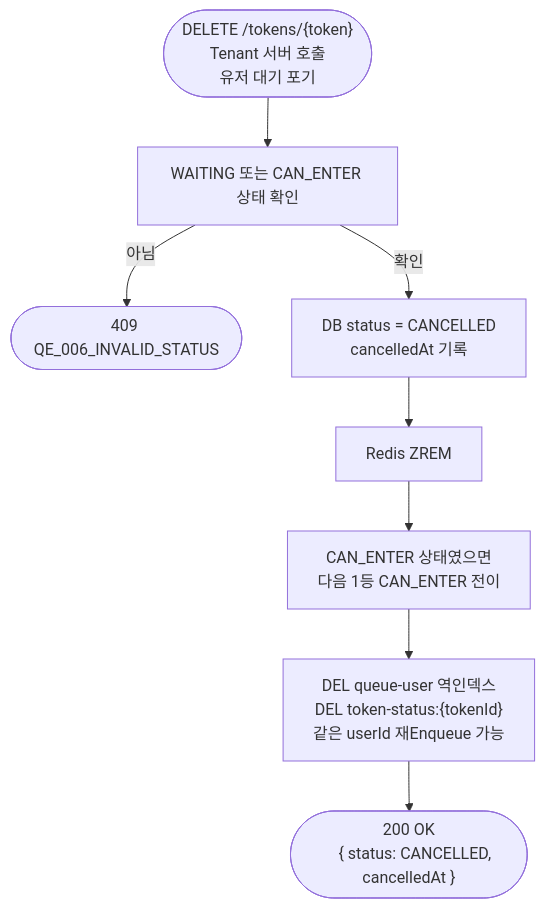
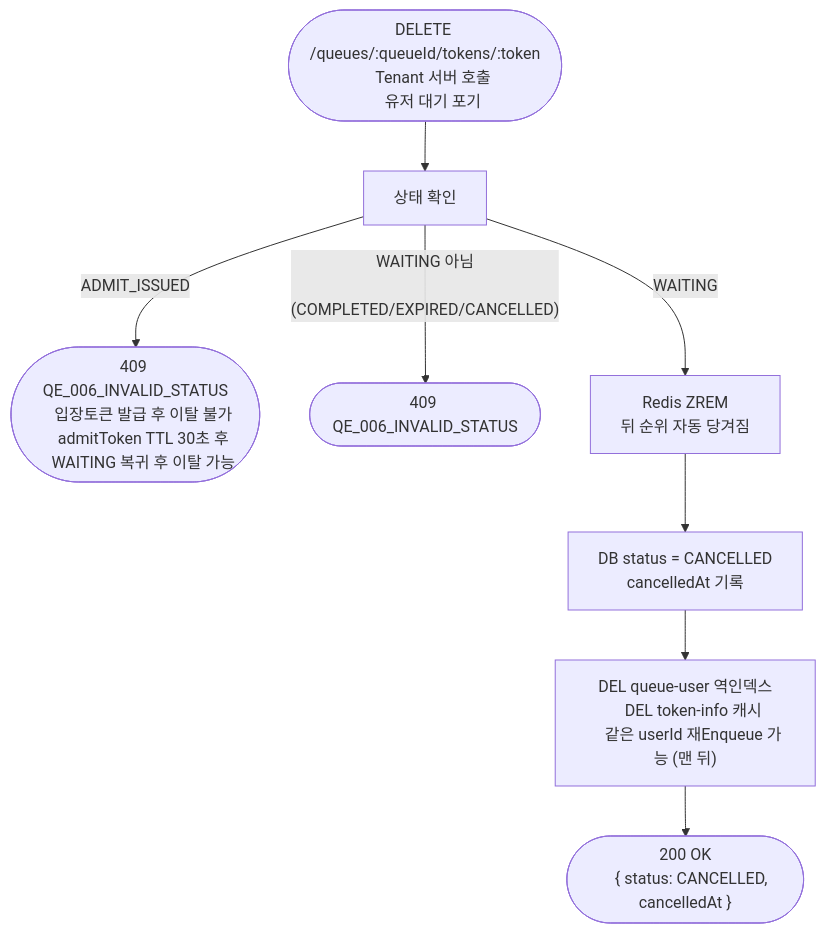
Before and after one commit to S-Onix/queue-platform: the fourth of 6 diagrams in doc/FLOW.md, drawn with Mermaid. The commit also changed other lines of this file and 4 other files, not shown here.

````diff
--- a/doc/FLOW.md
+++ b/doc/FLOW.md
@@ -166,19 +172,23 @@
 ```mermaid
 flowchart TD
-    DQ(["DELETE /tokens/{token}
+    DQ(["DELETE /queues/:queueId/tokens/:token
     Tenant 서버 호출
     유저 대기 포기"])
-    --> CHK["WAITING 또는 CAN_ENTER 상태 확인"]
+    --> CHK["상태 확인"]
 
-    CHK -->|"아님"| E409(["409 QE_006_INVALID_STATUS"])
-    CHK -->|"확인"| DB["DB status = CANCELLED
+    CHK -->|"ADMIT_ISSUED"| E409A(["409 QE_006_INVALID_STATUS
+    입장토큰 발급 후 이탈 불가
+    admitToken TTL 30초 후
+    WAITING 복귀 후 이탈 가능"])
+    CHK -->|"WAITING 아님
+    (COMPLETED/EXPIRED/CANCELLED)"| E409B(["409 QE_006_INVALID_STATUS"])
+    CHK -->|"WAITING"| ZREM["Redis ZREM
+    뒤 순위 자동 당겨짐"]
+    --> DB["DB status = CANCELLED
     cancelledAt 기록"]
-    --> ZREM["Redis ZREM"]
-    --> CE["CAN_ENTER 상태였으면
-    다음 1등 CAN_ENTER 전이"]
     --> DEL["DEL queue-user 역인덱스
-    DEL token-status:{tokenId}
-    같은 userId 재Enqueue 가능"]
+    DEL token-info 캐시
+    같은 userId 재Enqueue 가능 (맨 뒤)"]
     --> OK(["200 OK
     { status: CANCELLED, cancelledAt }"])
 ```
````
